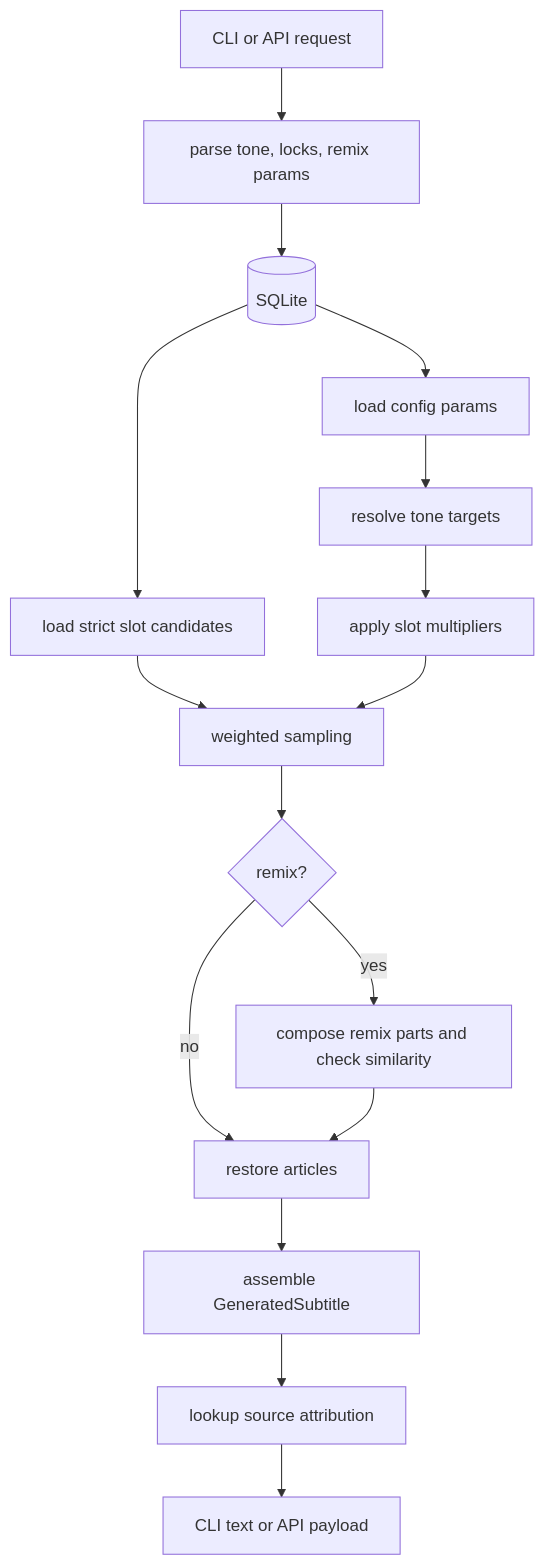
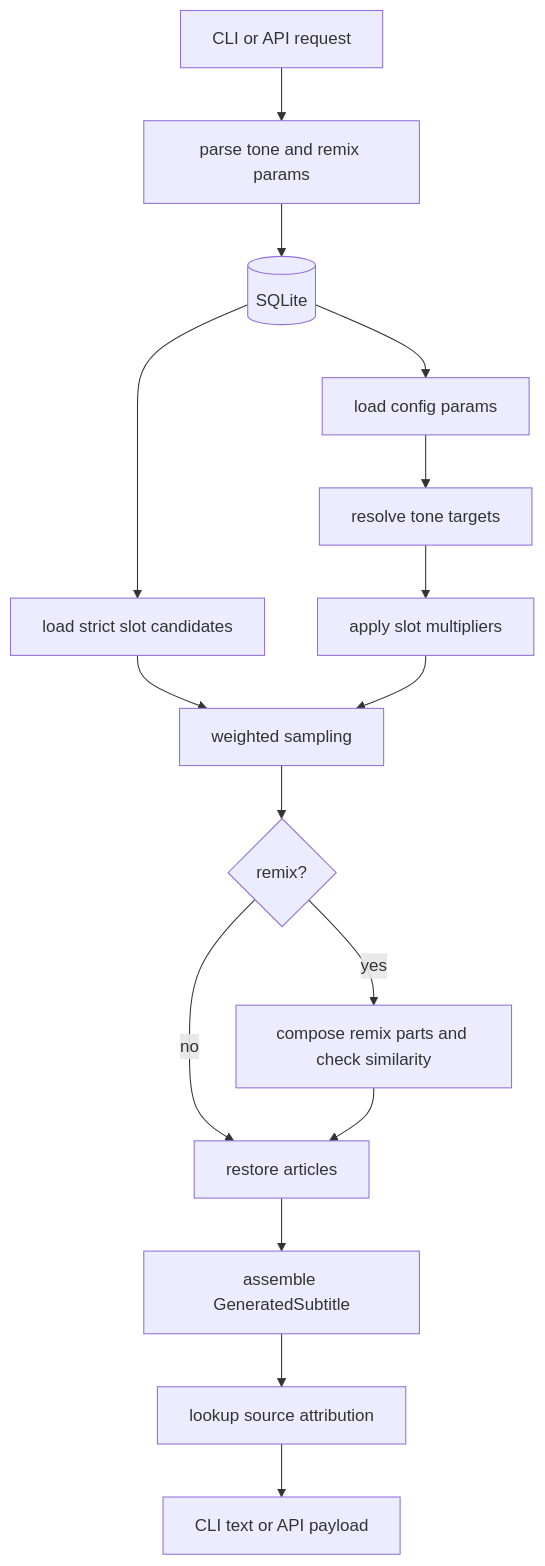
One commit to Arithmomaniac/subtitle-generator changed the fourth of 7 diagrams in docs/pipeline-end-to-end.md. Above: the diagram before and after it, drawn with Mermaid. The commit also changed other lines of this file and 34 other files, not shown here.

````diff
--- a/docs/pipeline-end-to-end.md
+++ b/docs/pipeline-end-to-end.md
@@ -430,18 +468,18 @@
 ```mermaid
 flowchart TD
-    request[CLI or API request] --> parse[parse tone, locks, remix params]
+    request[CLI or API request] --> parse[parse tone and remix params]
     parse --> db[(SQLite)]
     db --> candidates[load strict slot candidates]
     db --> cfg[load config params]
     cfg --> tone[resolve tone targets]
     tone --> adjust[apply slot multipliers]
     candidates --> sample[weighted sampling]
     adjust --> sample
     sample --> remixDecision{remix?}
     remixDecision -->|no| articles[restore articles]
     remixDecision -->|yes| remix[compose remix parts and check similarity]
     remix --> articles
     articles --> assemble[assemble GeneratedSubtitle]
     assemble --> sources[lookup source attribution]
     sources --> response[CLI text or API payload]
 ```
````
